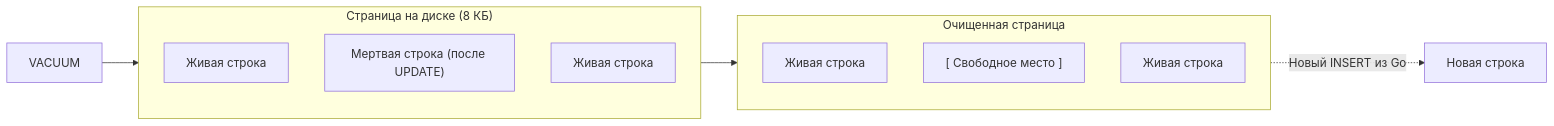
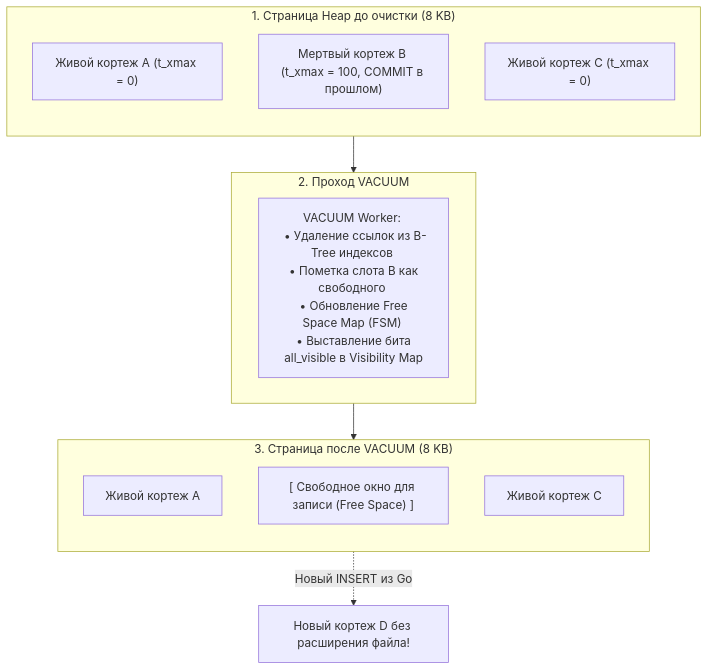
The first of 2 diagrams in sources/12. Базы данных/06. PostgreSQL/10. VACUUM, ANALYZE.md (UnrealTemplier/go-textbook), drawn with Mermaid before and after one commit. The commit also changed other lines of this file, not shown here.

````diff
--- a/sources/12. Базы данных/06. PostgreSQL/10. VACUUM, ANALYZE.md
+++ b/sources/12. Базы данных/06. PostgreSQL/10. VACUUM, ANALYZE.md
@@ -21,21 +15,24 @@
 ```mermaid
-flowchart LR
-    subgraph Page["Страница на диске (8 КБ)"]
+flowchart TD
+    subgraph PageBefore ["1. Страница Heap до очистки (8 KB)"]
         direction TB
-        T1["Живая строка"]
-        T2["Мертвая строка (после UPDATE)"]
-        T3["Живая строка"]
+        T1["Живой кортеж A (t_xmax = 0)"]
+        T2["Мертвый кортеж B (t_xmax = 100, COMMIT в прошлом)"]
+        T3["Живой кортеж C (t_xmax = 0)"]
     end
     
-    VAC["VACUUM"] --> Page
-    Page --> CleanedPage["Очищенная страница"]
-    
-    subgraph CleanedPage["Очищенная страница"]
+    subgraph VacuumAction ["2. Проход VACUUM"]
+        VProc["VACUUM Worker: <br> • Удаление ссылок из B-Tree индексов <br> • Пометка слота B как свободного <br> • Обновление Free Space Map (FSM) <br> • Выставление бита all_visible в Visibility Map"]
+    end
+
+    subgraph PageAfter ["3. Страница после VACUUM (8 KB)"]
         direction TB
-        CT1["Живая строка"]
-        CFS["[ Свободное место ]"]
-        CT3["Живая строка"]
+        CT1["Живой кортеж A"]
+        CFS["[ Свободное окно для записи (Free Space) ]"]
+        CT3["Живой кортеж C"]
     end
-    
-    CFS -.->|"Новый INSERT из Go"| NewData["Новая строка"]
+
+    PageBefore --> VacuumAction
+    VacuumAction --> PageAfter
+    CFS -.->|"Новый INSERT из Go"| NewInsert["Новый кортеж D без расширения файла!"]
 ```
````
